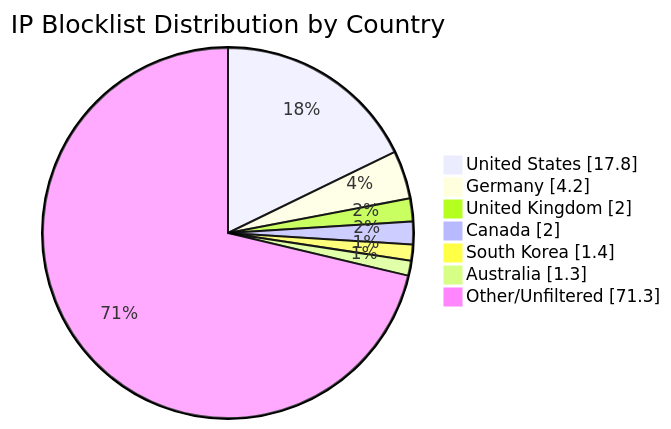
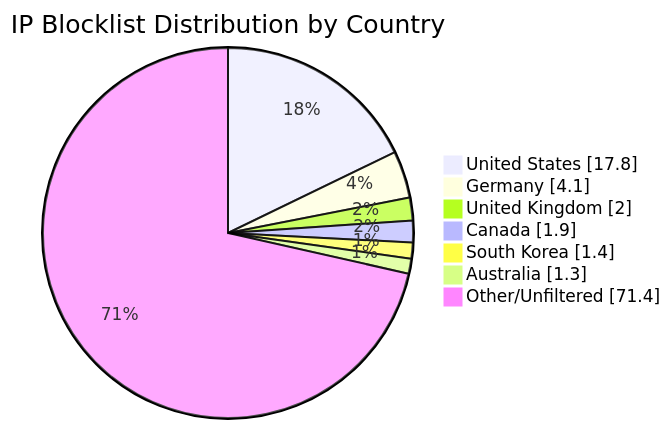
Before and after one commit to MarcusHoltz/ipblocklist-geofiltered-aggregator: the diagram in README.md, drawn with Mermaid. The commit also changed other lines of this file and 9 other files, not shown here.

````diff
--- a/README.md
+++ b/README.md
@@ -34,10 +34,10 @@
 ```mermaid
 pie showData title IP Blocklist Distribution by Country
 "United States" : 17.8
-"Germany" : 4.2
+"Germany" : 4.1
 "United Kingdom" : 2.0
-"Canada" : 2.0
+"Canada" : 1.9
 "South Korea" : 1.4
 "Australia" : 1.3
-"Other/Unfiltered" : 71.3
+"Other/Unfiltered" : 71.4
 ```
````
